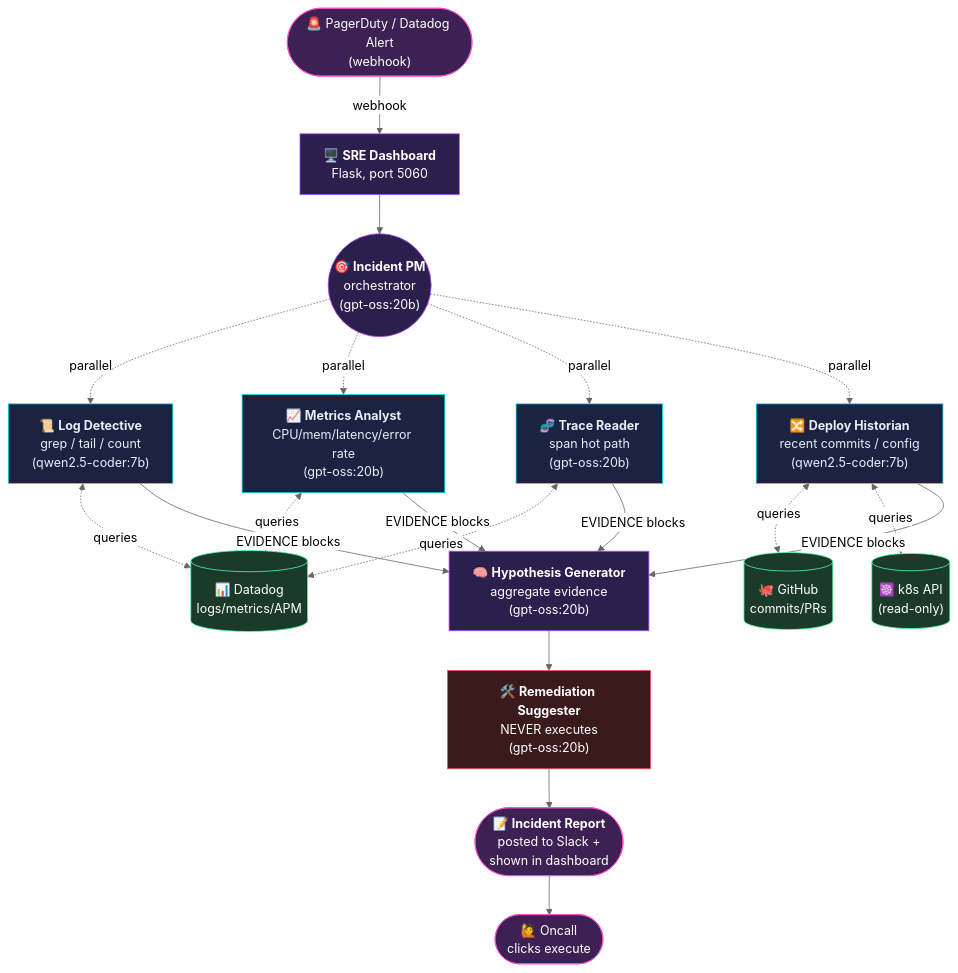
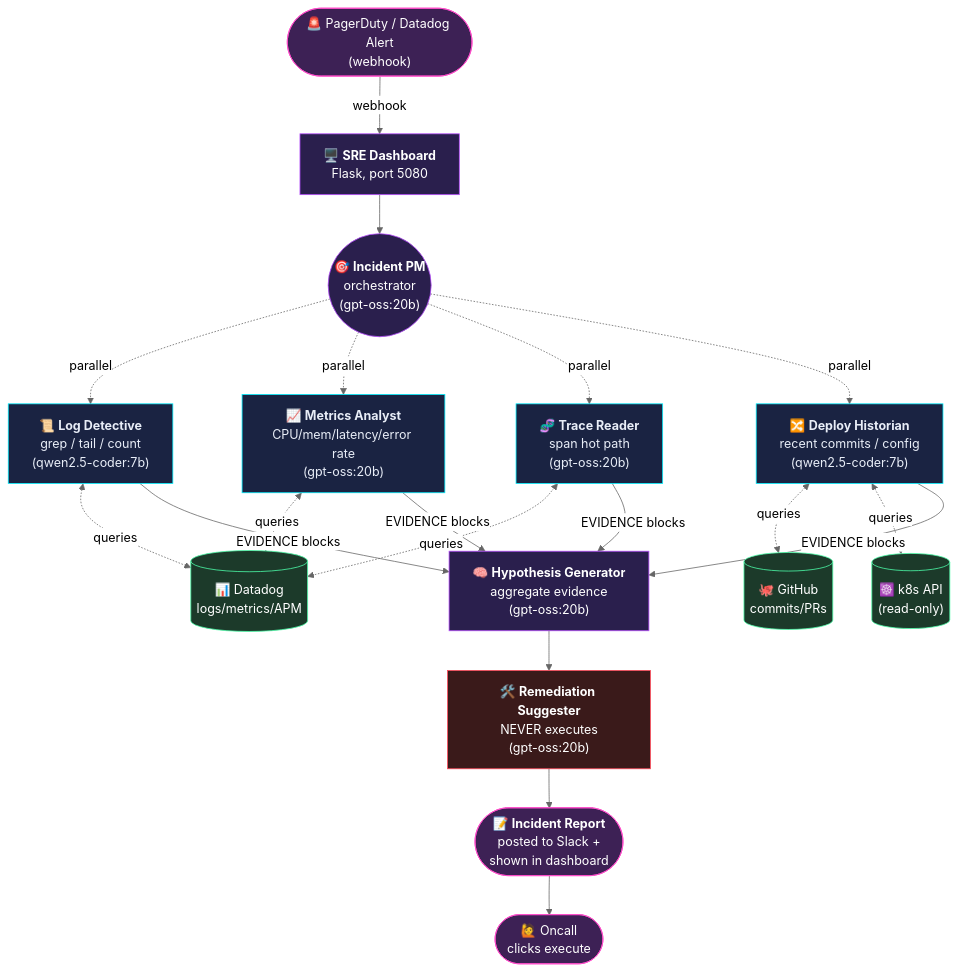
The first of 2 diagrams in DESIGN.md (doraemonlyz-jpg/sre-agent), drawn with Mermaid (neutral theme) before and after one commit. The commit also changed 10 other files, not shown here.

````diff
--- a/DESIGN.md
+++ b/DESIGN.md
@@ -64,43 +64,43 @@
 ```mermaid
 flowchart TB
     Alert(["🚨 PagerDuty / Datadog Alert<br/>(webhook)"])
-    Dash["🖥️ <b>SRE Dashboard</b><br/>Flask, port 5060"]
+    Dash["🖥️ <b>SRE Dashboard</b><br/>Flask, port 5080"]
 
     PM(("🎯 <b>Incident PM</b><br/>orchestrator<br/>(gpt-oss:20b)"))
 
     LD["📜 <b>Log Detective</b><br/>grep / tail / count<br/>(qwen2.5-coder:7b)"]
     MA["📈 <b>Metrics Analyst</b><br/>CPU/mem/latency/error rate<br/>(gpt-oss:20b)"]
     TR["🧬 <b>Trace Reader</b><br/>span hot path<br/>(gpt-oss:20b)"]
     DH["🔀 <b>Deploy Historian</b><br/>recent commits / config<br/>(qwen2.5-coder:7b)"]
 
     HG["🧠 <b>Hypothesis Generator</b><br/>aggregate evidence<br/>(gpt-oss:20b)"]
     RS["🛠️ <b>Remediation Suggester</b><br/>NEVER executes<br/>(gpt-oss:20b)"]
 
     DD[("📊 Datadog<br/>logs/metrics/APM")]
     GH[("🐙 GitHub<br/>commits/PRs")]
     K8S[("☸️ k8s API<br/>(read-only)")]
 
     Report(["📝 <b>Incident Report</b><br/>posted to Slack +<br/>shown in dashboard"])
     Human(["🙋 Oncall<br/>clicks execute"])
 
     Alert -->|webhook| Dash --> PM
     PM -.parallel.-> LD & MA & TR & DH
     LD <-.queries.-> DD
     MA <-.queries.-> DD
     TR <-.queries.-> DD
     DH <-.queries.-> GH
     DH <-.queries.-> K8S
     LD & MA & TR & DH -->|EVIDENCE blocks| HG
     HG --> RS --> Report --> Human
 
     classDef ext fill:#3d2155,stroke:#ff4dca,color:#fff
     classDef hub fill:#2a1f4d,stroke:#b84dff,color:#fff
     classDef wkr fill:#1a2342,stroke:#00f0ff,color:#e8edf7
     classDef data fill:#1c3a2a,stroke:#4dffaa,color:#fff
     classDef safe fill:#3a1a1a,stroke:#ff4757,color:#fff
     class Alert,Human,Report ext
     class Dash,PM,HG hub
     class LD,MA,TR,DH wkr
     class DD,GH,K8S data
     class RS safe
 ```
````
